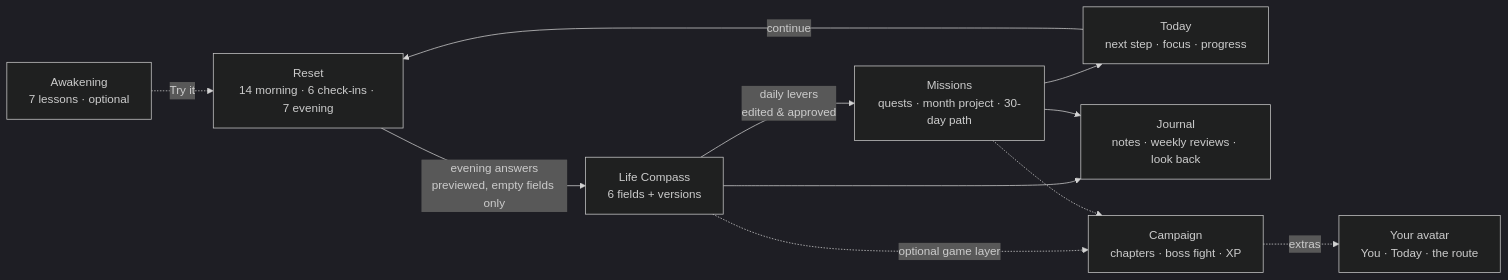
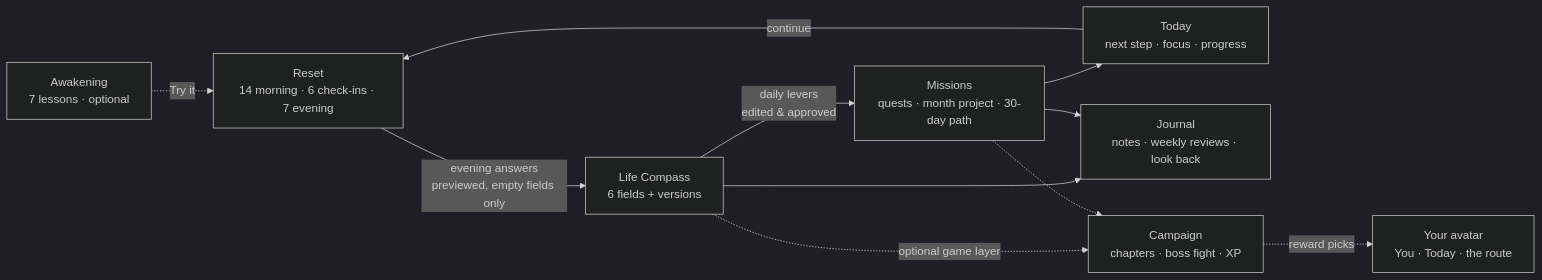
One commit to gabsioussema/cartharise changed the diagram in README.md. Above: the diagram before and after it, drawn with Mermaid (dark theme). The commit also changed other lines of this file and 35 other files, not shown here.

````diff
--- a/README.md
+++ b/README.md
@@ -176,13 +193,13 @@
 ```mermaid
 flowchart LR
     L["Awakening<br/>7 lessons · optional"] -.->|Try it| R
     R["Reset<br/>14 morning · 6 check-ins · 7 evening"] -->|evening answers<br/>previewed, empty fields only| C["Life Compass<br/>6 fields + versions"]
     C -->|daily levers<br/>edited & approved| M["Missions<br/>quests · month project · 30-day path"]
     M --> T["Today<br/>next step · focus · progress"]
     T -->|continue| R
     C --> J["Journal<br/>notes · weekly reviews · look back"]
     M --> J
     C -.->|optional game layer| G["Campaign<br/>chapters · boss fight · XP"]
     M -.-> G
-    G -.->|extras| A["Your avatar<br/>You · Today · the route"]
+    G -.->|reward picks| A["Your avatar<br/>You · Today · the route"]
 ```
````
